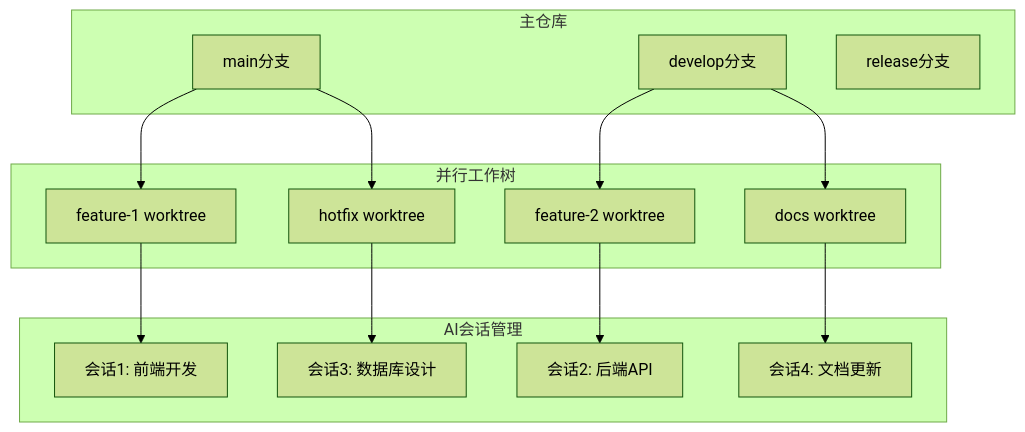
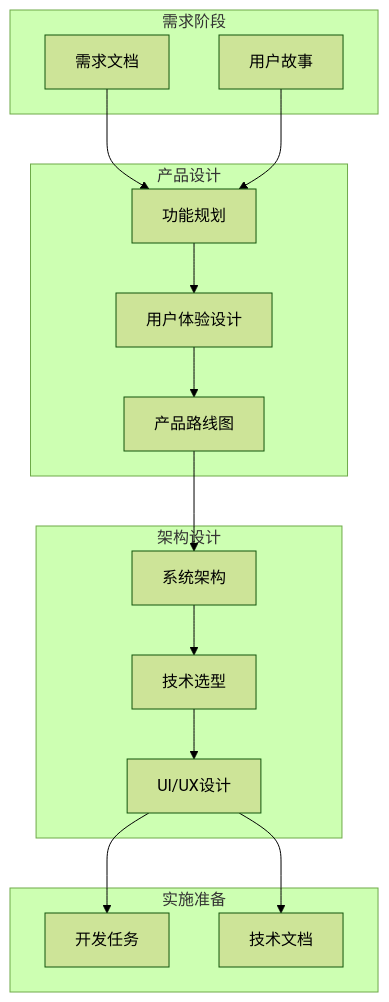
One commit to imleoo/claude-code-in-teams changed the diagram in part3/chapter6.md. Above: the diagram before and after it, drawn with Mermaid (forest theme). The commit also changed other lines of this file, not shown here.

First line of the commit message:
content: create chapter 6 main file for product and architecture design

````diff
--- a/part3/chapter6.md
+++ b/part3/chapter6.md
@@ -11,32 +20,34 @@
 ```mermaid
 graph TB
-    subgraph "主仓库"
-        A1[main分支]
-        A2[develop分支]
-        A3[release分支]
+    subgraph "需求阶段"
+        A1[需求文档]
+        A2[用户故事]
     end
-    
-    subgraph "并行工作树"
-        B1[feature-1 worktree]
-        B2[feature-2 worktree]
-        B3[hotfix worktree]
-        B4[docs worktree]
+
+    subgraph "产品设计"
+        B1[功能规划]
+        B2[用户体验设计]
+        B3[产品路线图]
     end
-    
-    subgraph "AI会话管理"
-        C1[会话1: 前端开发]
-        C2[会话2: 后端API]
-        C3[会话3: 数据库设计]
-        C4[会话4: 文档更新]
+
+    subgraph "架构设计"
+        C1[系统架构]
+        C2[技术选型]
+        C3[UI/UX设计]
     end
-    
+
+    subgraph "实施准备"
+        D1[开发任务]
+        D2[技术文档]
+    end
+
     A1 --> B1
-    A2 --> B2
-    A1 --> B3
-    A2 --> B4
-    
-    B1 --> C1
-    B2 --> C2
-    B3 --> C3
-    B4 --> C4
+    A2 --> B1
+    B1 --> B2
+    B2 --> B3
+    B3 --> C1
+    C1 --> C2
+    C2 --> C3
+    C3 --> D1
+    C3 --> D2
 ```
````
